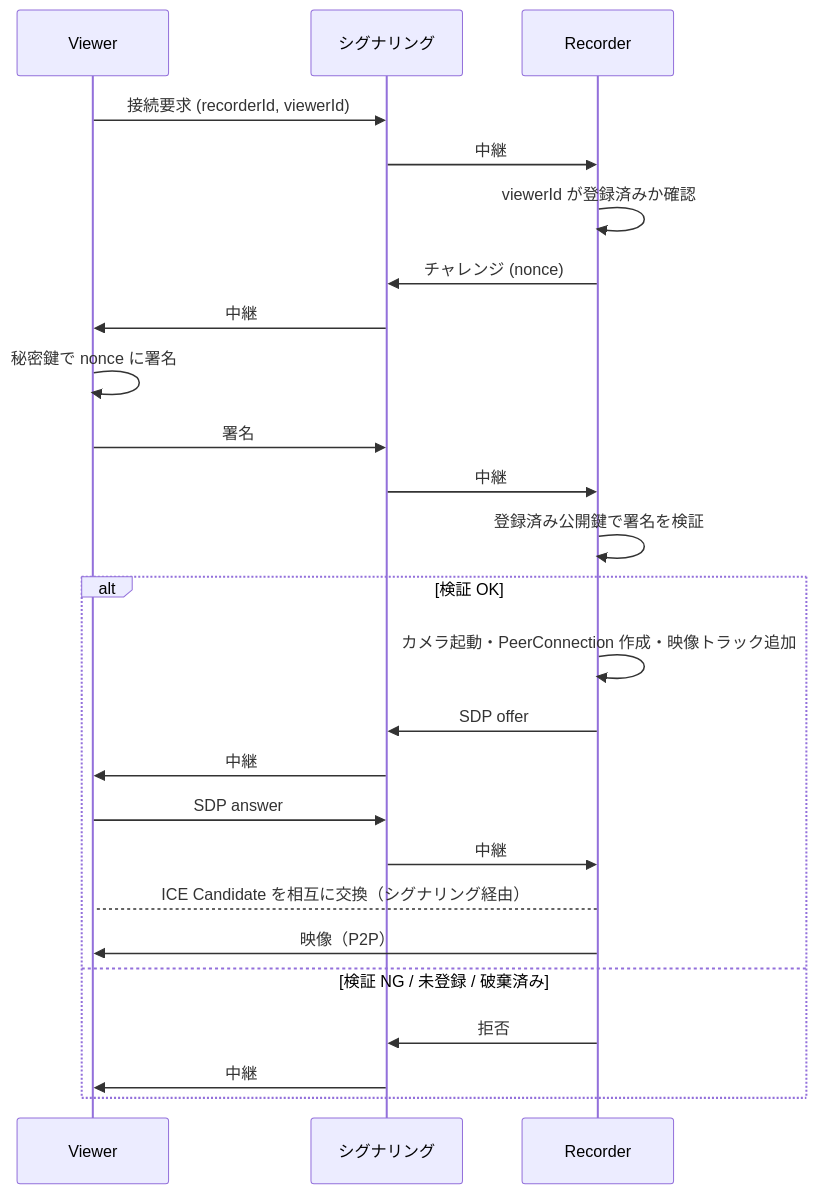
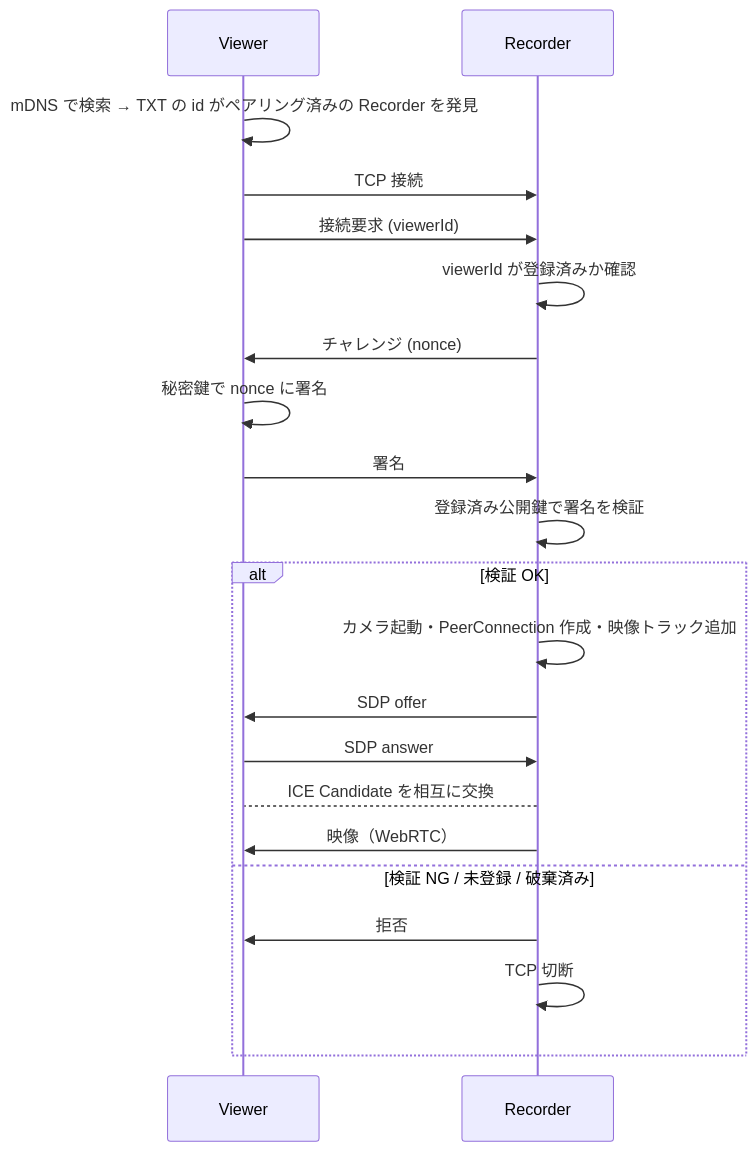
The third of 4 diagrams in docs/architecture.md (mtkw0127/Mimamori), drawn with Mermaid before and after one commit. The commit also changed other lines of this file and 28 other files, not shown here.

````diff
--- a/docs/architecture.md
+++ b/docs/architecture.md
@@ -127,28 +157,24 @@
 ```mermaid
 sequenceDiagram
     participant V as Viewer
-    participant S as シグナリング
     participant R as Recorder
 
-    V->>S: 接続要求 (recorderId, viewerId)
-    S->>R: 中継
+    V->>V: mDNS で検索 → TXT の id がペアリング済みの Recorder を発見
+    V->>R: TCP 接続
+    V->>R: 接続要求 (viewerId)
     R->>R: viewerId が登録済みか確認
-    R->>S: チャレンジ (nonce)
-    S->>V: 中継
+    R->>V: チャレンジ (nonce)
     V->>V: 秘密鍵で nonce に署名
-    V->>S: 署名
-    S->>R: 中継
+    V->>R: 署名
     R->>R: 登録済み公開鍵で署名を検証
     alt 検証 OK
         R->>R: カメラ起動・PeerConnection 作成・映像トラック追加
-        R->>S: SDP offer
-        S->>V: 中継
-        V->>S: SDP answer
-        S->>R: 中継
-        R-->V: ICE Candidate を相互に交換（シグナリング経由）
-        R->>V: 映像（P2P）
+        R->>V: SDP offer
+        V->>R: SDP answer
+        R-->V: ICE Candidate を相互に交換
+        R->>V: 映像（WebRTC）
     else 検証 NG / 未登録 / 破棄済み
-        R->>S: 拒否
-        S->>V: 中継
+        R->>V: 拒否
+        R->>R: TCP 切断
     end
 ```
````
